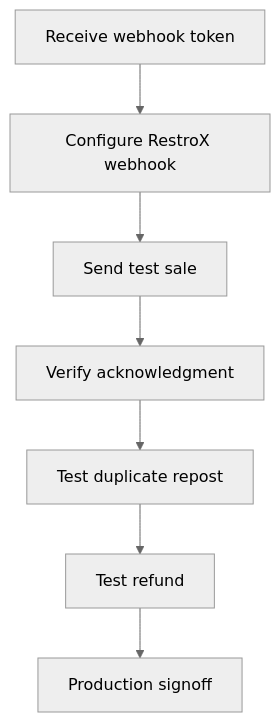
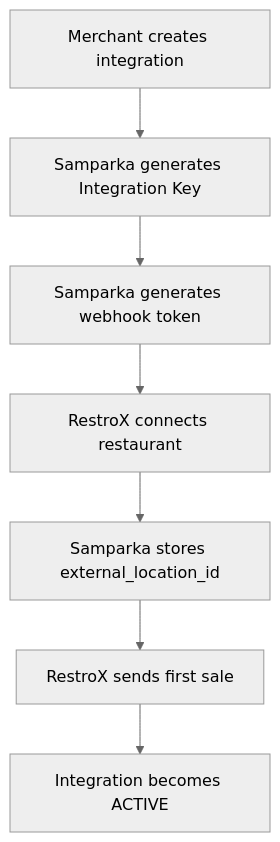
Before and after one commit to krischal07/docs: the diagram in integrations/restrox/PARTNER-HANDOFF.md, drawn with Mermaid (neutral theme). The commit also changed other lines of this file and 77 other files, not shown here.

````diff
--- a/integrations/restrox/PARTNER-HANDOFF.md
+++ b/integrations/restrox/PARTNER-HANDOFF.md
@@ -19,9 +11,9 @@
 ```mermaid
 flowchart TD
-  A["Receive webhook token"] --> B["Configure RestroX webhook"]
-  B --> C["Send test sale"]
-  C --> D["Verify acknowledgment"]
-  D --> E["Test duplicate repost"]
-  E --> F["Test refund"]
-  F --> G["Production signoff"]
+  A["Merchant creates integration"] --> B["Samparka generates Integration Key"]
+  B --> C["Samparka generates webhook token"]
+  C --> D["RestroX connects restaurant"]
+  D --> E["Samparka stores external_location_id"]
+  E --> F["RestroX sends first sale"]
+  F --> G["Integration becomes ACTIVE"]
 ```
````
